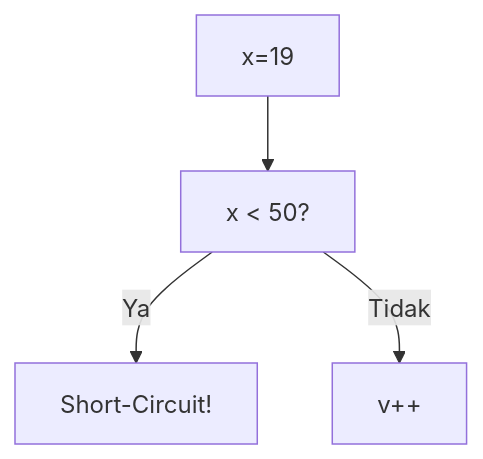
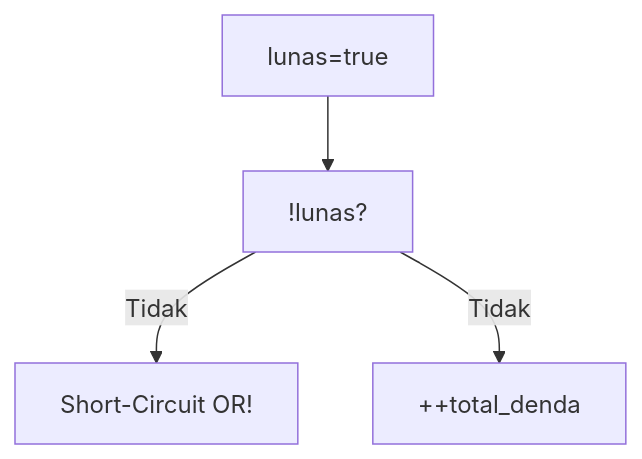
Before and after one commit to amnahwaida/OSNK_INF_PREP: the fourth of 25 diagrams in part-c-pemahaman-cpp/02-percabangan/latihan/set-11.md, drawn with Mermaid. The commit also changed other lines of this file and 71 other files, not shown here.

````diff
--- a/part-c-pemahaman-cpp/02-percabangan/latihan/set-11.md
+++ b/part-c-pemahaman-cpp/02-percabangan/latihan/set-11.md
@@ -105,6 +111,6 @@
 ```mermaid
 graph TD
-A["x=19"] --> B["x < 50?"]
-B -- Ya --> C["Short-Circuit!"]
-B -- Tidak --> D["v++"]
+A["lunas=true"] --> B["!lunas?"]
+B -- Tidak --> C["Short-Circuit OR!"]
+B -- Tidak --> D["++total_denda"]
 ```
````
